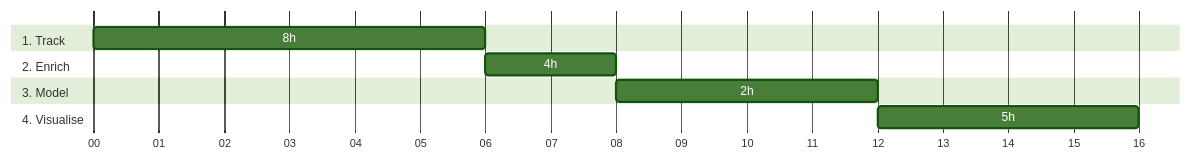
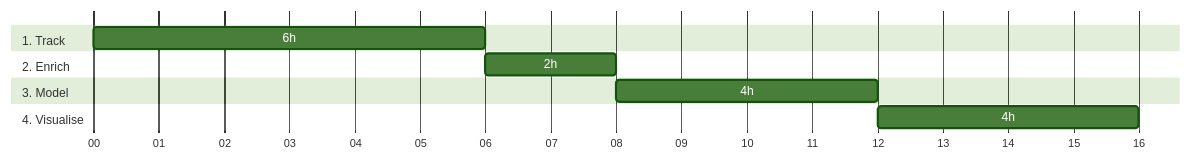
One commit to snowplow/advanced-analytics-web-accelerator changed the diagram in content/_index.md. Above: the diagram before and after it, drawn with Mermaid (forest theme). The commit also changed other lines of this file and 1 other file, not shown here.

```diff
--- a/content/_index.md
+++ b/content/_index.md
@@ -32,13 +32,13 @@
 {{<mermaid>}}
 gantt
         dateFormat  HH-mm
         axisFormat %M
         section 1. Track
-        8h          :track, 00-00, 6m
+        6h          :track, 00-00, 6m
         section 2. Enrich
-        4h          :enrich, after track, 2m
+        2h          :enrich, after track, 2m
         section 3. Model
-        2h          :model, after enrich, 4m
+        4h          :model, after enrich, 4m
         section 4. Visualise
-        5h          :visaualise, after model, 4m
+        4h          :visaualise, after model, 4m
 {{</mermaid >}}
```
